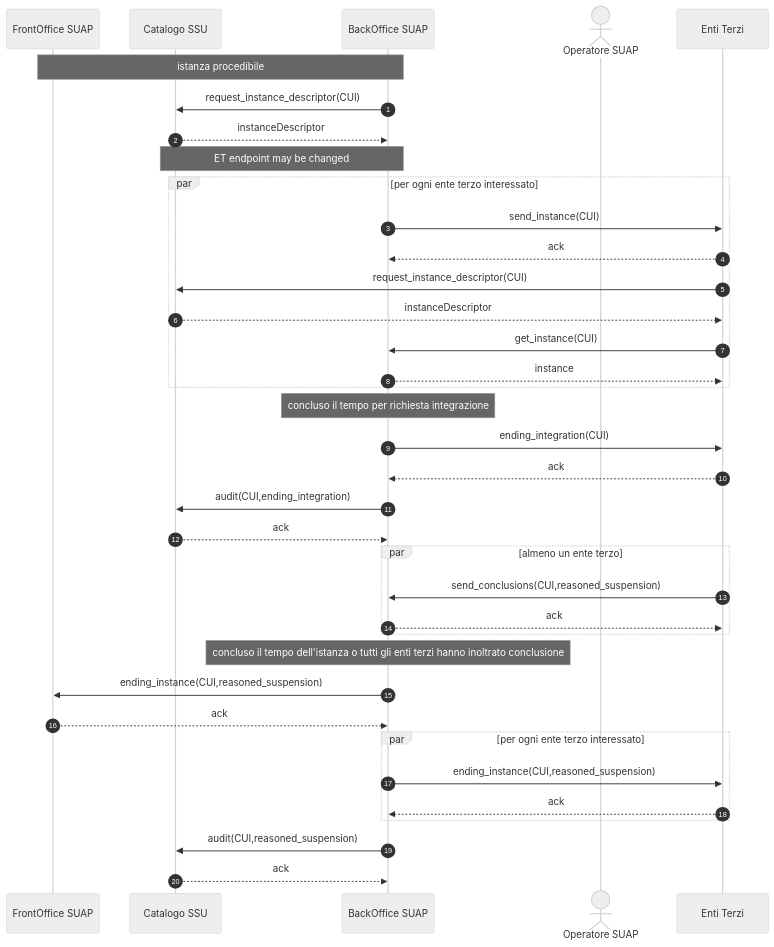
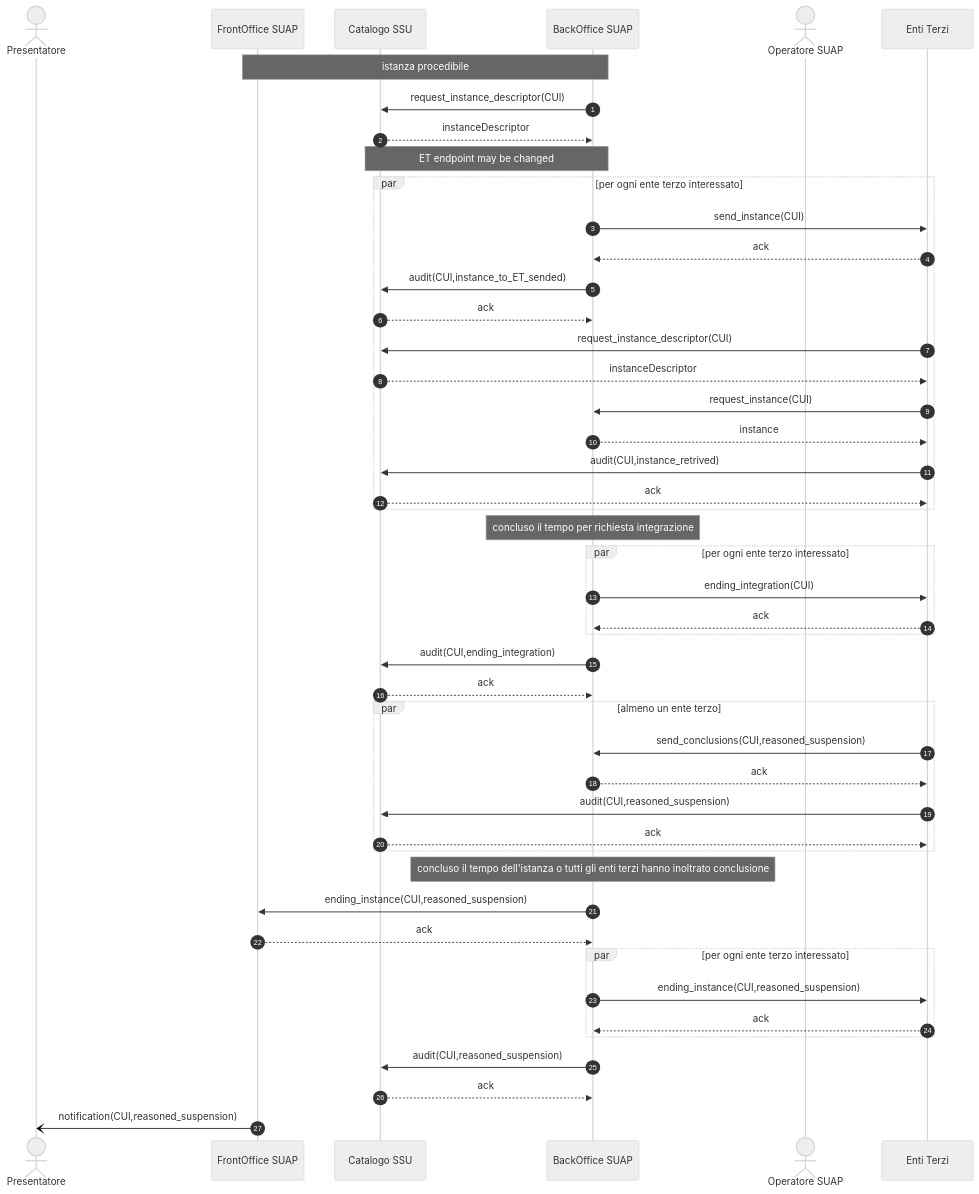
The diagram in to_interoperabilita/sequence-diagram/DomandaAutorizzazione-004.mermaid (AgID/suap-gt-specifiche), drawn with Mermaid (neutral theme) before and after one commit. The commit also changed other lines of this file, not shown here.

Commit message:
fixed DomandaAutorizzazione-004

```diff
--- a/to_interoperabilita/sequence-diagram/DomandaAutorizzazione-004.mermaid
+++ b/to_interoperabilita/sequence-diagram/DomandaAutorizzazione-004.mermaid
@@ -1,43 +1,54 @@
 sequenceDiagram
     autonumber
- 
+
+    actor P as Presentatore    
     participant F as FrontOffice SUAP
     participant C as Catalogo SSU    
     participant B as BackOffice SUAP    
     actor O as Operatore SUAP    
     participant E as Enti Terzi    
  
     Note over F,B: istanza procedibile
     B ->> C: request_instance_descriptor(CUI)
     C -->> B: instanceDescriptor
     Note over C,B: ET endpoint may be changed
     
     par per ogni ente terzo interessato        
         B ->> E: send_instance(CUI)
         E -->> B: ack
+        B ->> C: audit(CUI,instance_to_ET_sended)
+        C -->> B: ack
         E ->> C: request_instance_descriptor(CUI)
         C -->> E: instanceDescriptor
-        E ->> B: get_instance(CUI)
+        E ->> B: request_instance(CUI)
         B -->> E: instance
+        E ->> C: audit(CUI,instance_retrived)
+        C -->> E: ack
     end
-   
+
     Note over B: concluso il tempo per richiesta integrazione
-    B ->> E: ending_integration(CUI)
-    E -->> B: ack
-    B ->> C: audit(CUI,ending_integration)
-    C -->> B: ack
+    par per ogni ente terzo interessato 
+        B ->> E: ending_integration(CUI)
+        E -->> B: ack
+    end
+        B ->> C: audit(CUI,ending_integration)
+        C -->> B: ack
 
     par almeno un ente terzo
         E ->> B: send_conclusions(CUI,reasoned_suspension)
-        B -->> E: ack            
+        B -->> E: ack 
+        E ->> C: audit(CUI,reasoned_suspension)
+        C -->> E: ack           
     end
 
     Note over B: concluso il tempo dell'istanza o tutti gli enti terzi hanno inoltrato conclusione
     B ->> F: ending_instance(CUI,reasoned_suspension)
     F -->> B: ack            
     par per ogni ente terzo interessato
         B ->> E: ending_instance(CUI,reasoned_suspension)
         E -->> B: ack
     end
     B ->> C: audit(CUI,reasoned_suspension)
     C -->> B: ack
+
+    F -) P: notification(CUI,reasoned_suspension)
```
